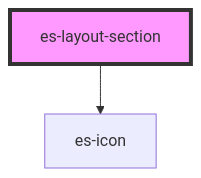
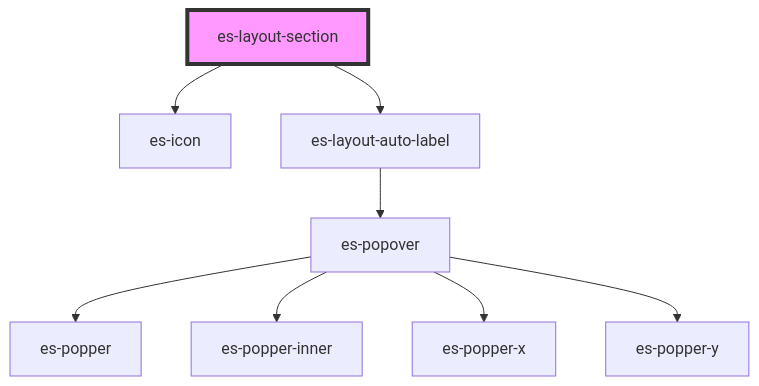
Before and after one commit to EventStore/Design-System: the diagram in packages/layout/src/components/es-layout-section/readme.md, drawn with Mermaid. The commit also changed other lines of this file and 53 other files, not shown here.

````diff
--- a/packages/layout/src/components/es-layout-section/readme.md
+++ b/packages/layout/src/components/es-layout-section/readme.md
@@ -59,5 +61,11 @@
 ```mermaid
 graph TD;
   es-layout-section --> es-icon
+  es-layout-section --> es-layout-auto-label
+  es-layout-auto-label --> es-popover
+  es-popover --> es-popper
+  es-popover --> es-popper-inner
+  es-popover --> es-popper-x
+  es-popover --> es-popper-y
   style es-layout-section fill:#f9f,stroke:#333,stroke-width:4px
 ```
````
